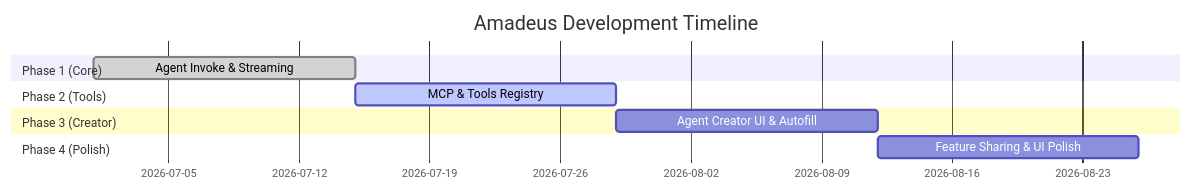
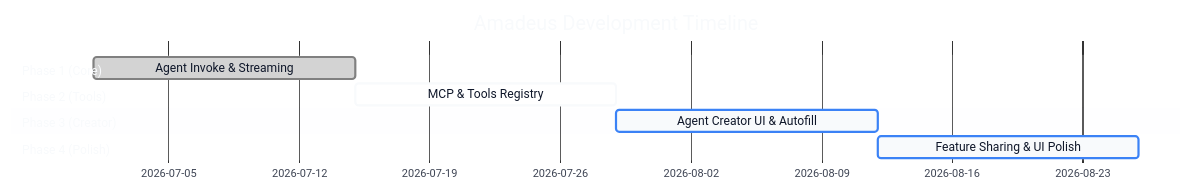
One commit to Engineering-Reality/kachponz changed the fourth of 4 diagrams in README.md. Above: the diagram before and after it, drawn with Mermaid. The commit also changed other lines of this file, not shown here.

Commit message:
docs: style mermaid charts for dark mode visibility

````diff
--- a/README.md
+++ b/README.md
@@ -197,17 +200,18 @@
 ```mermaid
+%%{init: {'theme': 'base', 'themeVariables': { 'primaryColor': '#f8fafc', 'primaryTextColor': '#0f172a', 'primaryBorderColor': '#3b82f6', 'lineColor': '#94a3b8', 'titleColor': '#f8fafc'}}}%%
 gantt
     title Amadeus Development Timeline
     dateFormat  YYYY-MM-DD
     
     section Phase 1 (Core)
     Agent Invoke & Streaming   :done,    p1, 2026-07-01, 14d
     
     section Phase 2 (Tools)
     MCP & Tools Registry       :active,  p2, 2026-07-15, 14d
     
     section Phase 3 (Creator)
     Agent Creator UI & Autofill:         p3, 2026-07-29, 14d
     
     section Phase 4 (Polish)
     Feature Sharing & UI Polish:         p4, 2026-08-12, 14d
 ```
````
